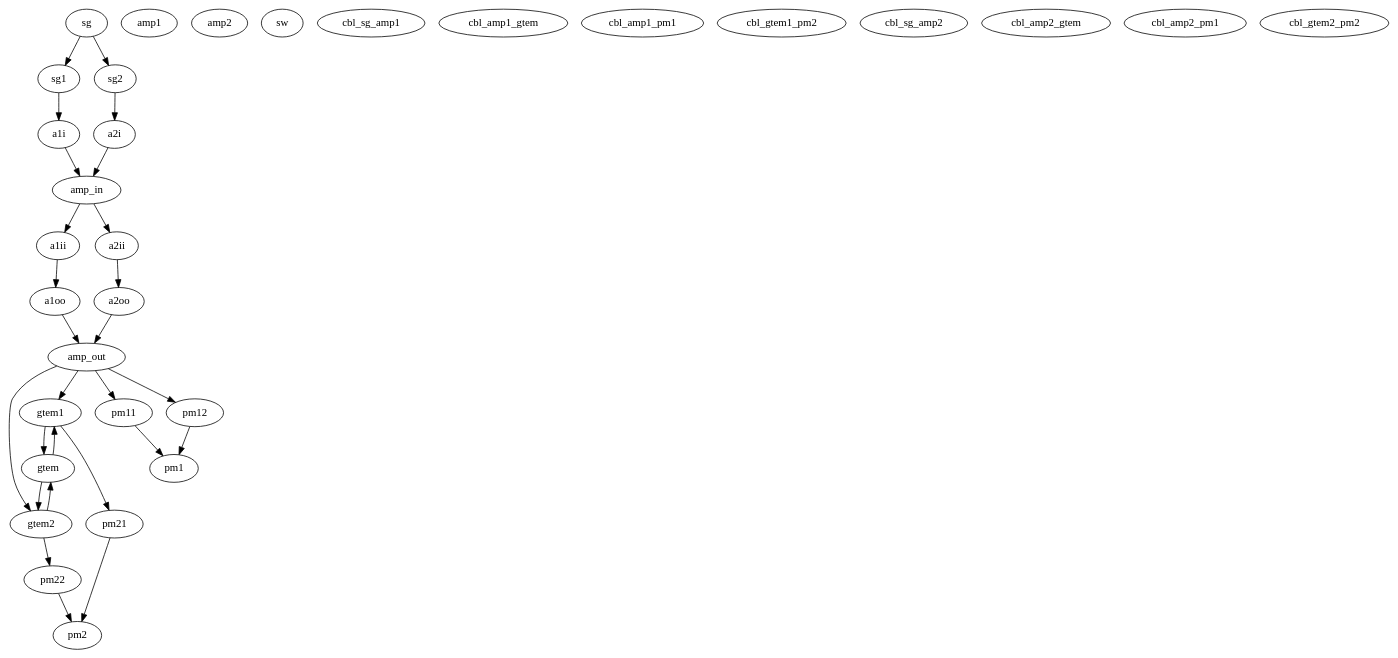
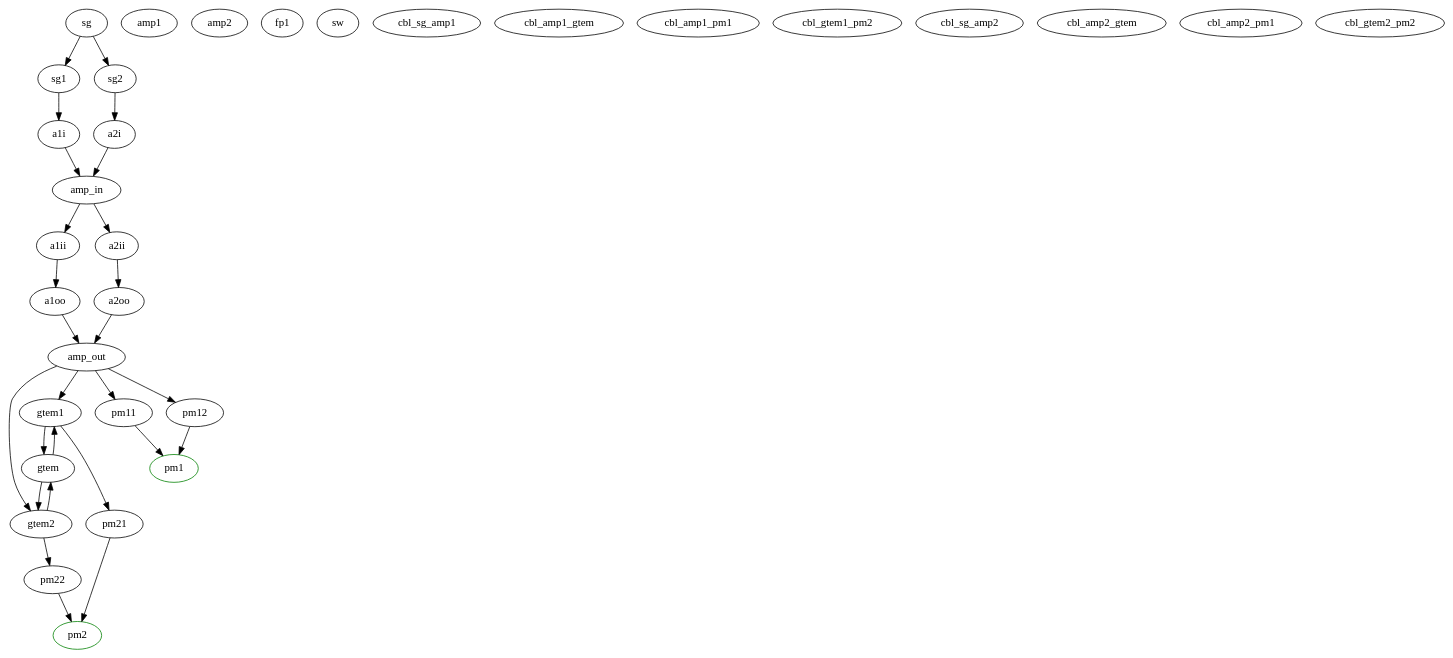
One commit to hgkdd/MpyConfig changed the diagram in LargeGTEM/dot/gtem-immunity.dot. Above: the diagram before and after it, drawn with Graphviz. The commit also changed 6 other files, not shown here.

```diff
--- a/LargeGTEM/dot/gtem-immunity.dot
+++ b/LargeGTEM/dot/gtem-immunity.dot
@@ -1,53 +1,57 @@
 digraph {
     sg [ini="sg_rs_smb100a.ini"]
     amp1 [ini="amp_ametek_cba_1g_030d.ini" condition="1e6<=f<=1e9"]
     amp2 [ini="amp_ar_25s1g4.ini" condition="800e6<=f<=4.2e9"]
-    pm1 [ini="pm_gt_8542.ini" ch=1]
-    pm2 [ini="pm_gt_8542.ini" ch=2]
+#    pm1 [ini="pm_gt_8542.ini" ch=1]
+#    pm2 [ini="pm_gt_8542.ini" ch=2]
+    pm1  [ini="pm_lumiloop_lspm1.ini" ch=1 condition="9e3<f<=8.2e9" color="green"]
+    pm2  [ini="pm_lumiloop_lspm1.ini" ch=2 condition="9e3<f<=8.2e9" color="green"]
+    fp1   [ini="prb_lumi_ci250p.ini", condition="10e3<=f<=8.2e9"]
+    
     sw [ini="sw_gtem.ini"]
 
     cbl_sg_amp1 [ini="sg-amp1in.ini" condition="0<=f<=18e9"]
     cbl_amp1_gtem [ini="amp1out-gtem.ini" condition="10e3<=f<=1e9"]
     cbl_amp1_pm1 [ini="amp1out-pm1.ini" condition="10e3<=f<=1e9"]
     cbl_gtem1_pm2 [ini="gtem1-pm2.ini" condition="10e3<=f<=1e9"]
 
     cbl_sg_amp2 [ini="sg-amp2in.ini" condition="0<=f<=18e9"]
     cbl_amp2_gtem [ini="amp2out-gtem.ini" condition="700e6<=f<=4.2e9"]
     cbl_amp2_pm1 [ini="amp2out-pm1.ini" condition="700e6<=f<=4.2e9"]
     cbl_gtem2_pm2 [ini="gtem2-pm2.ini" condition="700e6<=f<=4.2e9"]
 
     sg -> sg1 [condition="0<=f<=1e9"]
     sg -> sg2 [condition="1e9<f<=18e9"]
     
     sg1 -> a1i       [dev=cbl_sg_amp1 what="S21"]
     sg2 -> a2i       [dev=cbl_sg_amp2 what="S21"]
     a1i -> amp_in   [condition="0<=f<=1e9"]
     a2i -> amp_in   [condition="1e9<f<=18e9"]
 
     amp_in -> a1ii   [condition="0<=f<=1e9"]
     amp_in -> a2ii   [condition="1e9<f<=18e9"]
 
     a1ii -> a1oo   [dev=amp1 what="S21"]
     a2ii -> a2oo   [dev=amp2 what="S21"]
 
     a1oo -> amp_out   [condition="0<=f<=1e9"]
     a2oo -> amp_out   [condition="1e9<f<=18e9"]
     
     amp_out -> gtem1    [dev=cbl_amp1_gtem what="S21"]
     amp_out -> gtem2    [dev=cbl_amp2_gtem what="S21"]
     gtem1 -> gtem   [condition="0<=f<=1e9"]
     gtem2 -> gtem   [condition="1e9<f<=18e9"]
 
     gtem -> gtem1   [condition="0<=f<=1e9"]
     gtem -> gtem2   [condition="1e9<f<=18e9"]
    
     amp_out -> pm11    [dev=cbl_amp1_pm1 what="S21"]
     amp_out -> pm12    [dev=cbl_amp2_pm1 what="S21"]
     gtem1 -> pm21    [dev=cbl_gtem1_pm2 what="S21"]
     gtem2 -> pm22    [dev=cbl_gtem2_pm2 what="S21"]
     
     pm11 -> pm1 [condition="0<=f<=1e9"]
     pm12 -> pm1 [condition="1e9<f<=18e9"]
     pm21 -> pm2 [condition="0<=f<=1e9"]
     pm22 -> pm2 [condition="1e9<f<=18e9"]
 }
```
